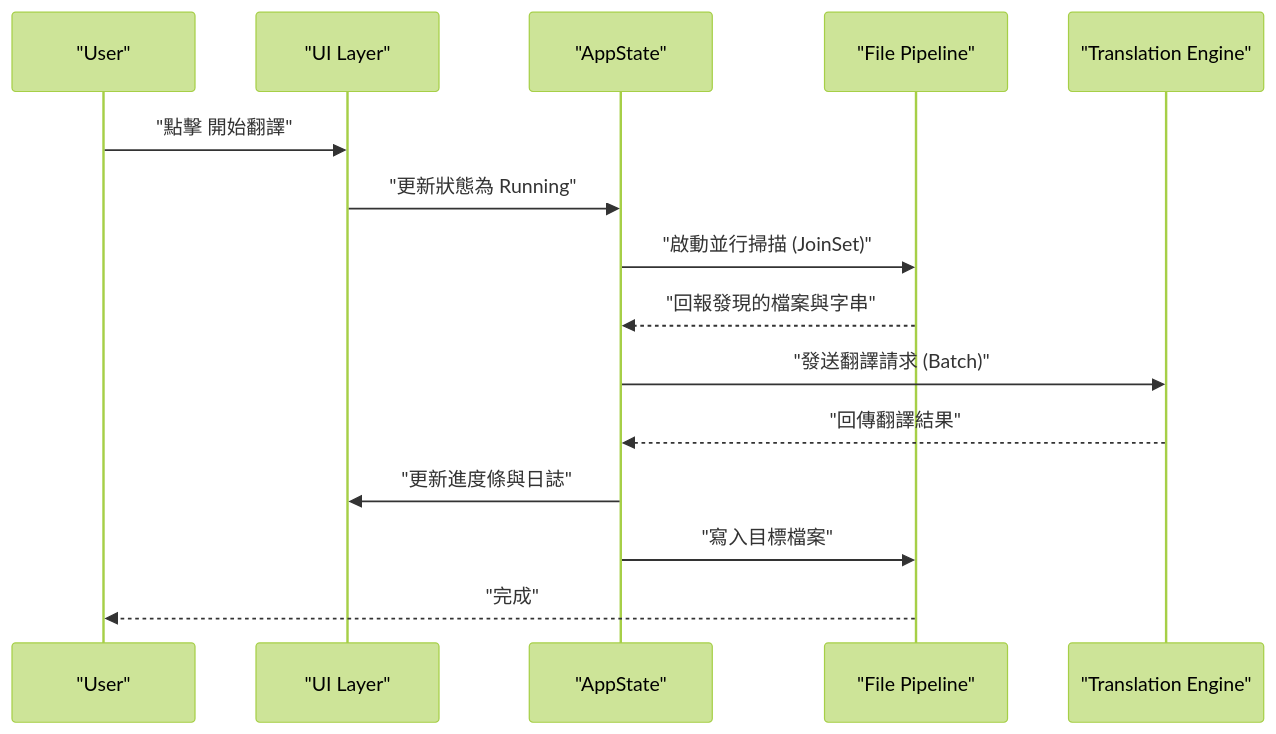
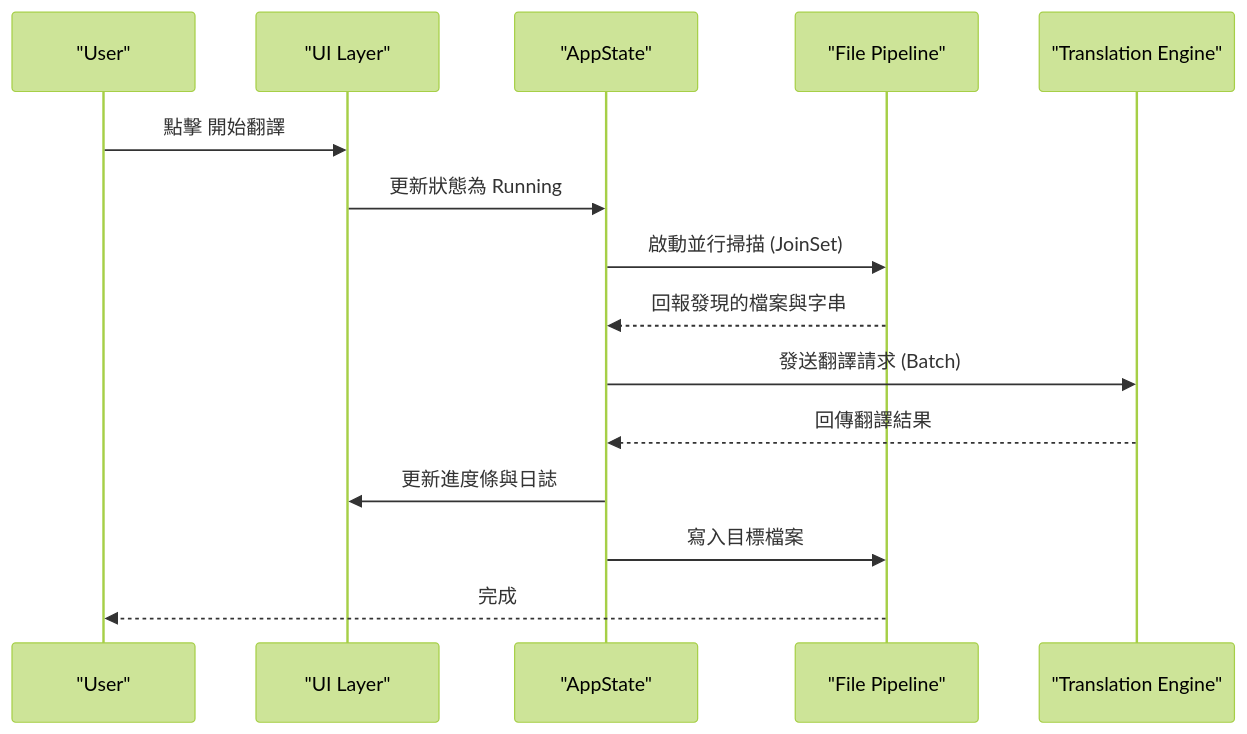
Before and after one commit to mn12345678910/mc_translator: the second of 2 diagrams in docs/architecture/overview.md, drawn with Mermaid (forest theme). The commit also changed other lines of this file and 1 other file, not shown here.

Commit message:
修復：修正格式錯誤的 Mermaid 語法，移除箭頭描述文字的引號

````diff
--- a/docs/architecture/overview.md
+++ b/docs/architecture/overview.md
@@ -36,18 +36,18 @@
 ```mermaid
 sequenceDiagram
     participant U as "User"
     participant UI as "UI Layer"
     participant S as "AppState"
     participant F as "File Pipeline"
     participant T as "Translation Engine"
     
-    U->>UI: "點擊 開始翻譯"
-    UI->>S: "更新狀態為 Running"
-    S->>F: "啟動並行掃描 (JoinSet)"
-    F-->>S: "回報發現的檔案與字串"
-    S->>T: "發送翻譯請求 (Batch)"
-    T-->>S: "回傳翻譯結果"
-    S->>UI: "更新進度條與日誌"
-    S->>F: "寫入目標檔案"
-    F-->>U: "完成"
+    U->>UI: 點擊 開始翻譯
+    UI->>S: 更新狀態為 Running
+    S->>F: 啟動並行掃描 (JoinSet)
+    F-->>S: 回報發現的檔案與字串
+    S->>T: 發送翻譯請求 (Batch)
+    T-->>S: 回傳翻譯結果
+    S->>UI: 更新進度條與日誌
+    S->>F: 寫入目標檔案
+    F-->>U: 完成
 ```
````
